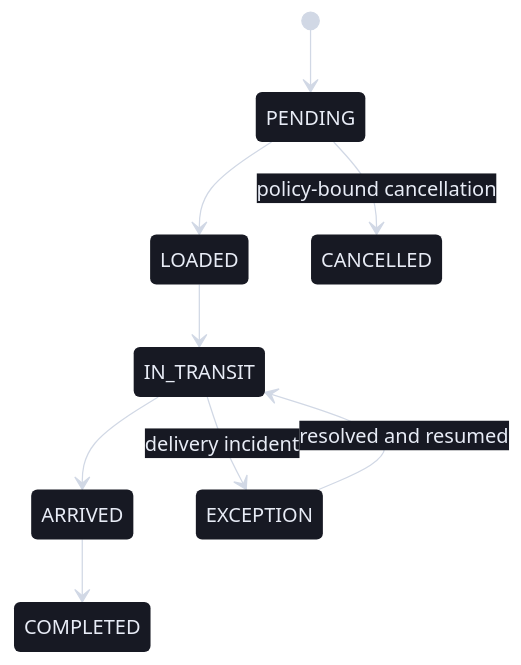
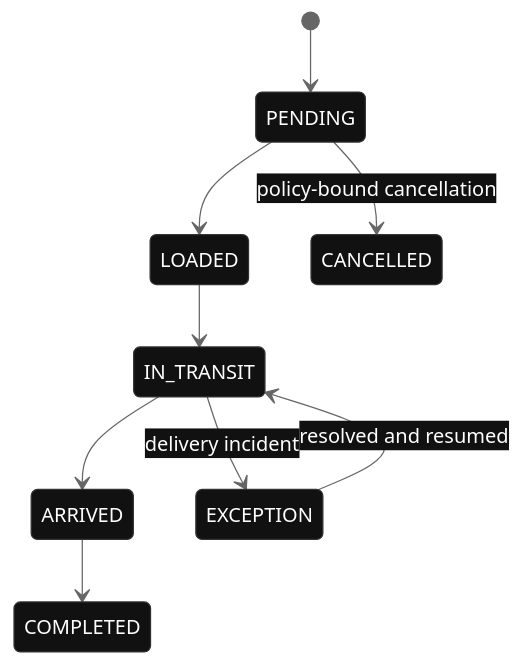
One commit to CYBERSTALKER07/ATOMOS changed the third of 4 diagrams in README.md. Above: the diagram before and after it, drawn with Mermaid. The commit also changed other lines of this file, not shown here.

````diff
--- a/README.md
+++ b/README.md
@@ -221,16 +224,16 @@
 ```mermaid
-%%{init: {"theme":"base","themeVariables":{"darkMode":true,"background":"#000000","primaryColor":"#171923","primaryTextColor":"#E8ECF6","primaryBorderColor":"#000000","secondaryColor":"#1F2430","secondaryTextColor":"#E8ECF6","secondaryBorderColor":"#000000","tertiaryColor":"#222A35","tertiaryTextColor":"#E8ECF6","tertiaryBorderColor":"#000000","lineColor":"#D1D8E5","textColor":"#E8ECF6","mainBkg":"#171923","nodeBorder":"#000000","clusterBkg":"#171923","clusterBorder":"#000000","titleColor":"#E8ECF6","edgeLabelBackground":"#171923","actorBkg":"#171923","actorBorder":"#000000","actorTextColor":"#E8ECF6","actorLineColor":"#D1D8E5","signalColor":"#D1D8E5","signalTextColor":"#E8ECF6","labelBoxBkgColor":"#171923","labelBoxBorderColor":"#000000","labelTextColor":"#E8ECF6","loopTextColor":"#E8ECF6","activationBkgColor":"#242B38","activationBorderColor":"#000000","sequenceNumberColor":"#000000","stateBkg":"#171923","stateBorder":"#000000","stateTextColor":"#E8ECF6","noteBkgColor":"#171923","noteTextColor":"#E8ECF6","noteBorderColor":"#000000"},"themeCSS":".edgeLabel text,.label text,.stateLabel text,.messageText,.nodeLabel{fill:#E8ECF6 !important;color:#E8ECF6 !important;} rect,.actor,.note,.labelBox,.edgeLabel rect{stroke:none !important;rx:40px !important;ry:40px !important;} .edgeLabel rect{fill:rgba(255,255,255,0.12) !important;opacity:1 !important;} .messageLine0,.messageLine1,.loopLine{stroke:#D1D8E5 !important;} .stateGroup circle,.stateGroup rect,.statediagram-state rect{stroke:none !important;}"}}%%
+%%{init: {"theme":"base","themeVariables":{"darkMode":true,"background":"#000000","primaryColor":"#111111","primaryTextColor":"#FFFFFF","primaryBorderColor":"#000000","secondaryColor":"#111111","secondaryTextColor":"#FFFFFF","secondaryBorderColor":"#000000","tertiaryColor":"#111111","tertiaryTextColor":"#FFFFFF","tertiaryBorderColor":"#000000","lineColor":"#666666","textColor":"#FFFFFF","mainBkg":"#111111","nodeBorder":"#333333","clusterBkg":"#111111","clusterBorder":"#000000","titleColor":"#FFFFFF","edgeLabelBackground":"#111111","stateBkg":"#111111","stateBorder":"#333333","stateTextColor":"#FFFFFF","noteBkgColor":"#111111","noteTextColor":"#FFFFFF","noteBorderColor":"#333333"},"themeCSS":".edgeLabel text,.label text,.stateLabel text,.messageText,.nodeLabel{fill:#FFFFFF !important;color:#FFFFFF !important;} rect,.actor,.note,.labelBox,.edgeLabel rect{stroke:#333333 !important;rx:12px !important;ry:12px !important;} .edgeLabel rect{fill:#111111 !important;opacity:1 !important;} .messageLine0,.messageLine1,.loopLine{stroke:#666666 !important;} .stateGroup circle,.stateGroup rect,.statediagram-state rect{stroke:#333333 !important;}"}}%%
 stateDiagram-v2
    [*] --> PENDING
    PENDING --> LOADED
    LOADED --> IN_TRANSIT
    IN_TRANSIT --> ARRIVED
    ARRIVED --> COMPLETED
 
    PENDING --> CANCELLED: policy-bound cancellation
    IN_TRANSIT --> EXCEPTION: delivery incident
    EXCEPTION --> IN_TRANSIT: resolved and resumed
 
-   classDef omniState fill:#171923,stroke:none,color:#E8ECF6,stroke-width:0px
+   classDef omniState fill:#111111,stroke:#333333,color:#FFFFFF,stroke-width:1px
    class PENDING,LOADED,IN_TRANSIT,ARRIVED,COMPLETED,CANCELLED,EXCEPTION omniState
 ```
````
